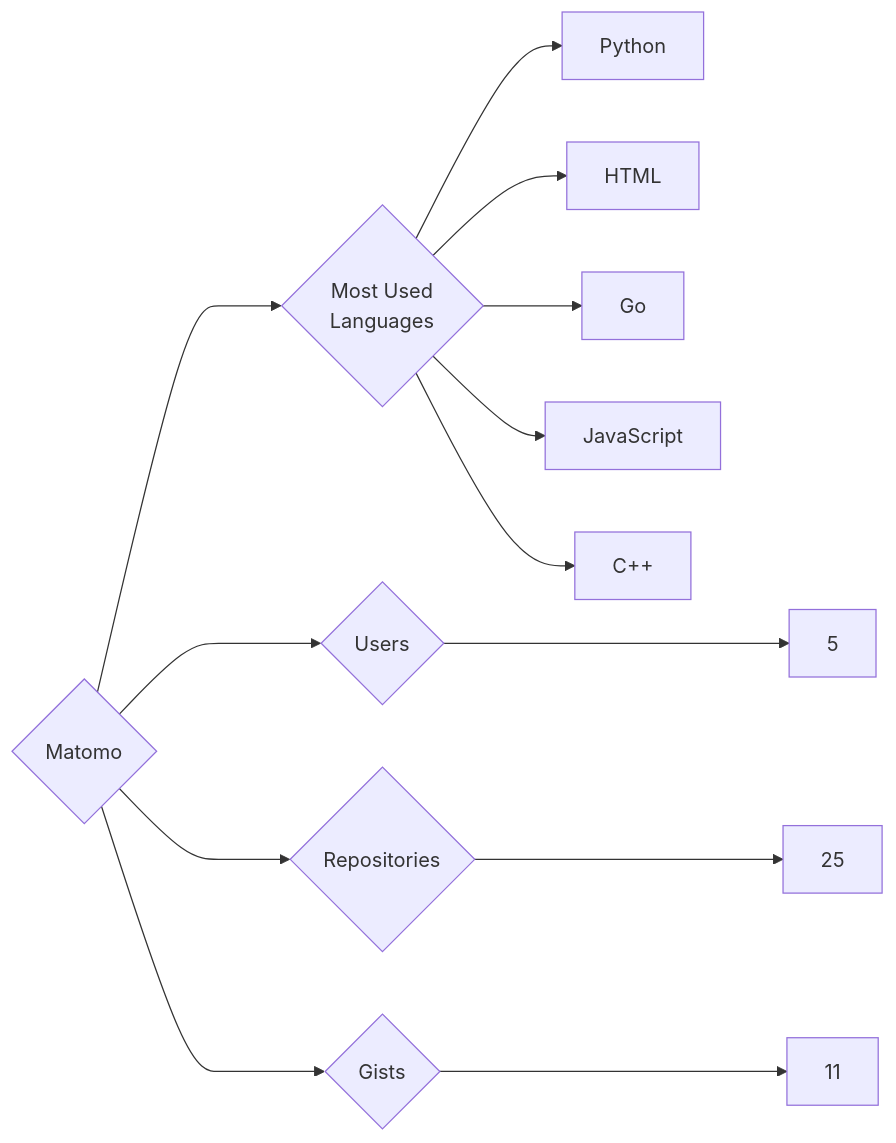
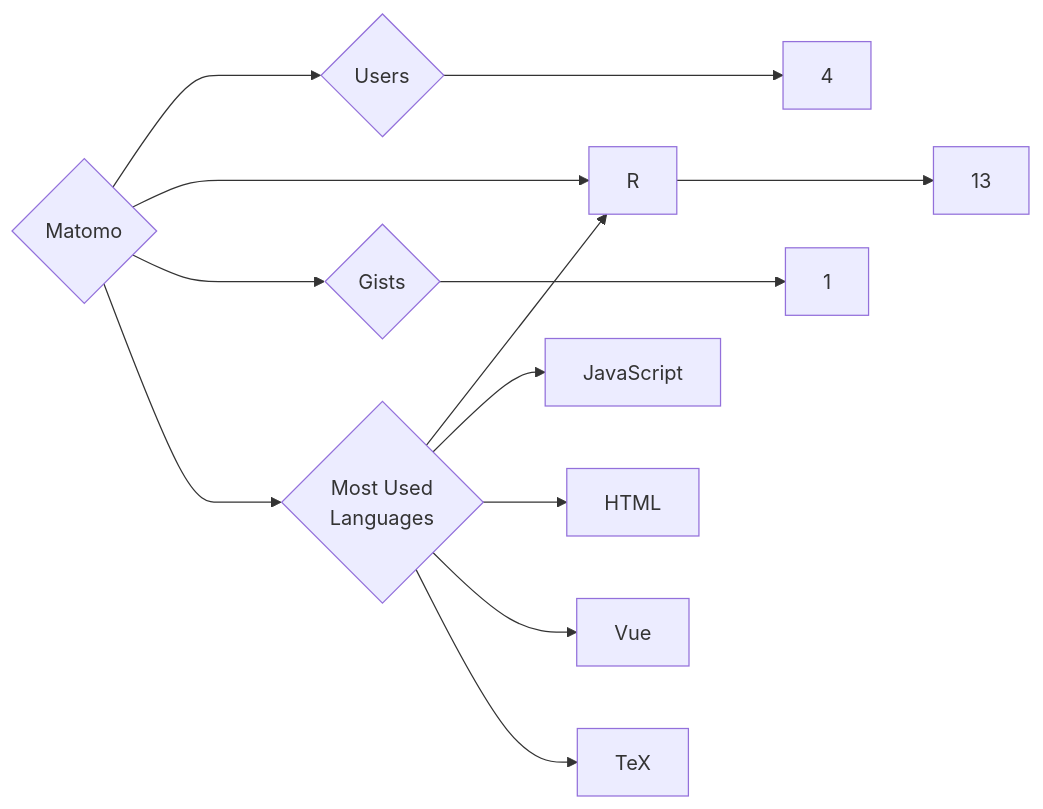
The diagram in targets/Matomo/README.md (trickest/insiders), drawn with Mermaid before and after one commit. The commit also changed 1496 other files, not shown here.

````diff
--- a/targets/Matomo/README.md
+++ b/targets/Matomo/README.md
@@ -3,13 +3,13 @@
 ```mermaid
 graph LR
 COMPANY_NAME{Matomo}
-COMPANY_NAME ---> U{Users} ---> UN[5]
-COMPANY_NAME ---> R{Repositories} ---> RN[25]
-COMPANY_NAME ---> G{Gists} ---> GN[11]
+COMPANY_NAME ---> U{Users} ---> UN[4]
+COMPANY_NAME ---> R{Repositories} ---> RN[13]
+COMPANY_NAME ---> G{Gists} ---> GN[1]
 COMPANY_NAME ---> ML{Most Used<br>Languages}
-ML --> Python[Python]
+ML --> R[R]
+ML --> JavaScript[JavaScript]
 ML --> HTML[HTML]
-ML --> Go[Go]
-ML --> JavaScript[JavaScript]
-ML --> C++[C++]
+ML --> Vue[Vue]
+ML --> TeX[TeX]
 ```
````
